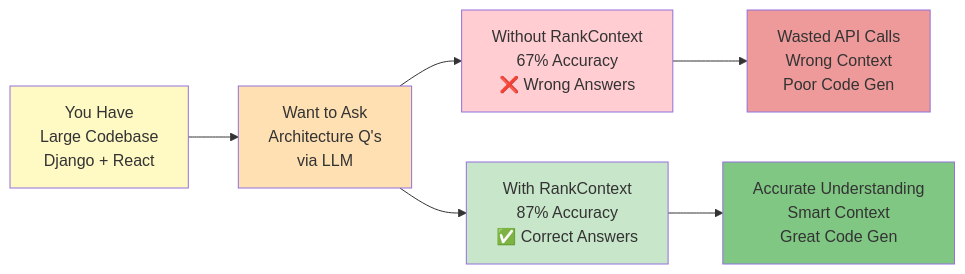
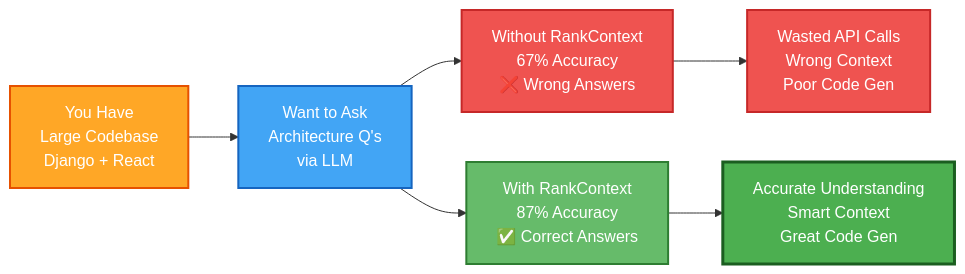
One commit to MVivekananda/rankcontext changed the sixth of 6 diagrams in README.md. Above: the diagram before and after it, drawn with Mermaid. The commit also changed other lines of this file, not shown here.

First line of the commit message:
Update diagram colors for better visibility

````diff
--- a/README.md
+++ b/README.md
@@ -408,16 +410,16 @@
 ```mermaid
 graph LR
     A["You Have<br/>Large Codebase<br/>Django + React"] --> B["Want to Ask<br/>Architecture Q's<br/>via LLM"]
     B --> C["Without RankContext<br/>67% Accuracy<br/>❌ Wrong Answers"]
     B --> D["With RankContext<br/>87% Accuracy<br/>✅ Correct Answers"]
     
     C --> E["Wasted API Calls<br/>Wrong Context<br/>Poor Code Gen"]
     D --> F["Accurate Understanding<br/>Smart Context<br/>Great Code Gen"]
     
-    style A fill:#fff9c4
-    style B fill:#ffe0b2
-    style C fill:#ffcdd2
-    style D fill:#c8e6c9
-    style E fill:#ef9a9a
-    style F fill:#81c784
+    style A fill:#FFA726,stroke:#E65100,stroke-width:2px,color:#fff
+    style B fill:#42A5F5,stroke:#1565C0,stroke-width:2px,color:#fff
+    style C fill:#EF5350,stroke:#C62828,stroke-width:2px,color:#fff
+    style D fill:#66BB6A,stroke:#2E7D32,stroke-width:2px,color:#fff
+    style E fill:#EF5350,stroke:#C62828,stroke-width:2px,color:#fff
+    style F fill:#4CAF50,stroke:#1B5E20,stroke-width:3px,color:#fff
 ```
````
